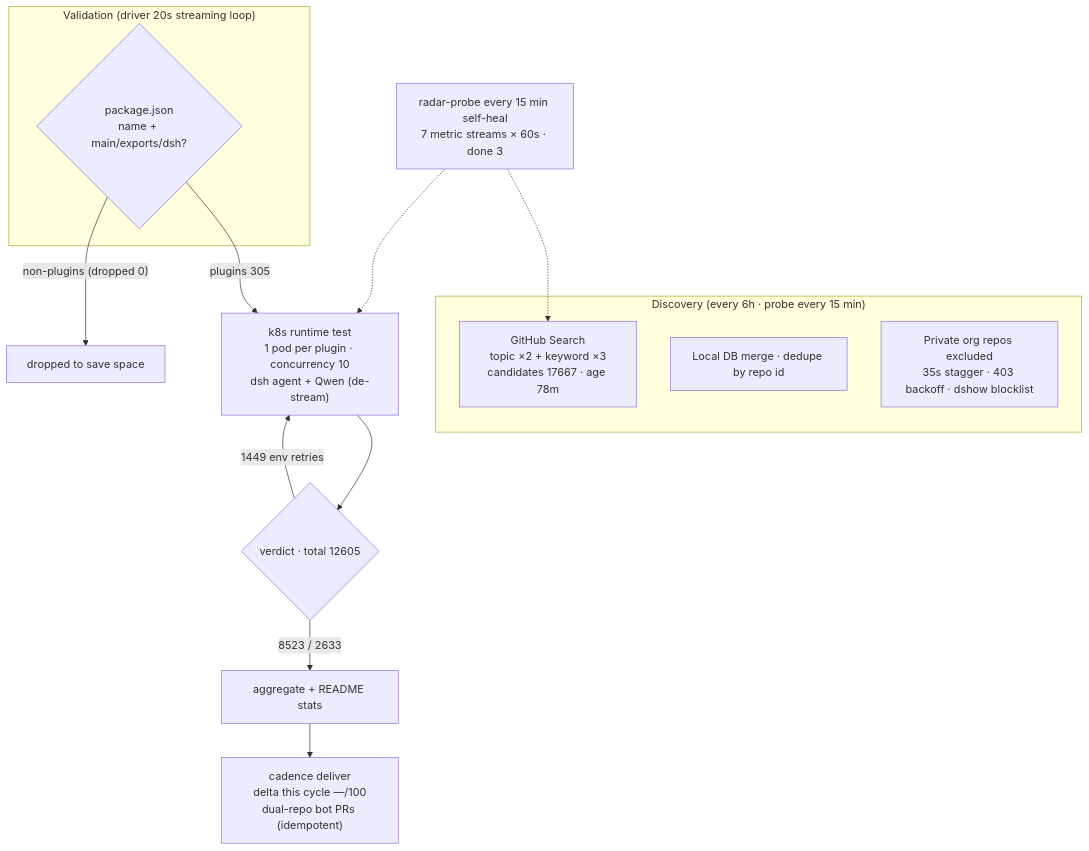
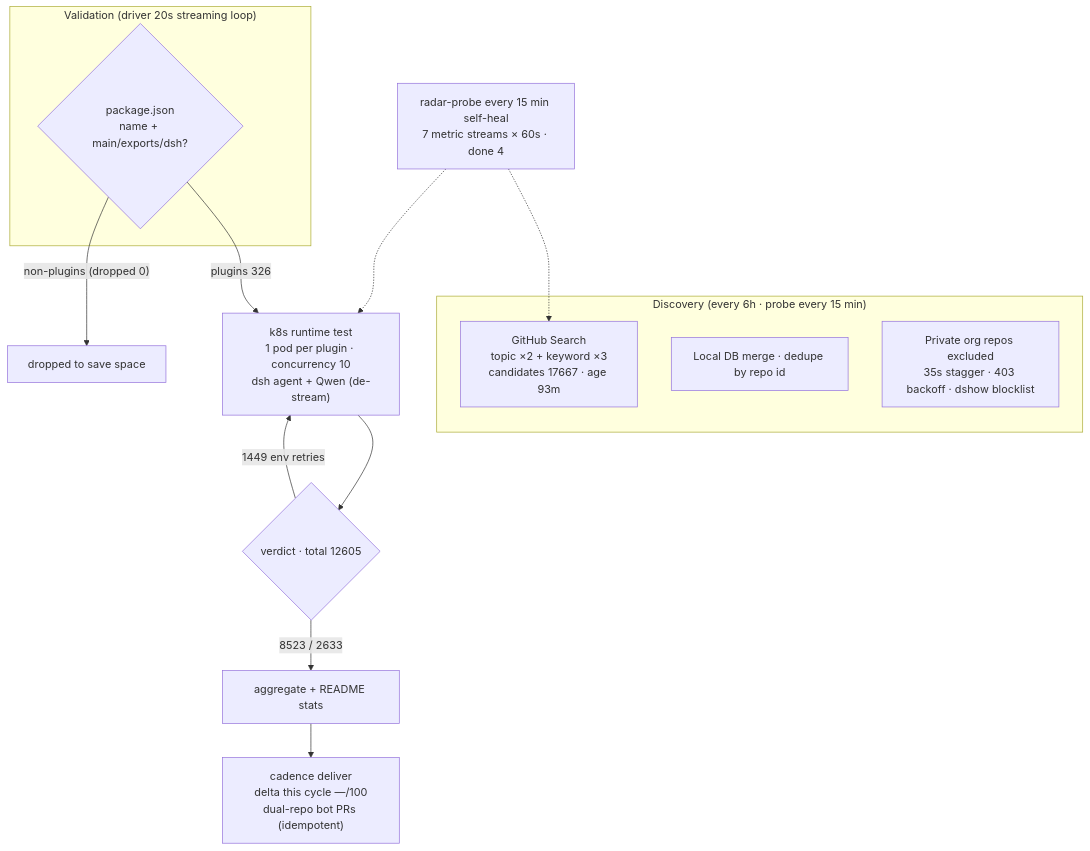
Before and after one commit to AdamPlatin123/awesome-dsh-plugins: the diagram in README.en-US.md, drawn with Mermaid. The commit also changed other lines of this file and 5 other files, not shown here.

````diff
--- a/README.en-US.md
+++ b/README.en-US.md
@@ -45,20 +45,20 @@
 ```mermaid
 flowchart TB
     subgraph Discovery["Discovery (every 6h · probe every 15 min)"]
-        A1["GitHub Search<br/>topic ×2 + keyword ×3<br/>candidates 17667 · age 78m"]
+        A1["GitHub Search<br/>topic ×2 + keyword ×3<br/>candidates 17667 · age 93m"]
         A2["Local DB merge · dedupe by repo id"]
         A3["Private org repos excluded<br/>35s stagger · 403 backoff · dshow blocklist"]
     end
     subgraph Validation["Validation (driver 20s streaming loop)"]
         B1{"package.json<br/>name + main/exports/dsh?"}
     end
-    B1 -->|"plugins 305"| C1["k8s runtime test<br/>1 pod per plugin · concurrency 10<br/>dsh agent + Qwen (de-stream)"]
+    B1 -->|"plugins 326"| C1["k8s runtime test<br/>1 pod per plugin · concurrency 10<br/>dsh agent + Qwen (de-stream)"]
     B1 -->|"non-plugins (dropped 0)"| B3["dropped to save space"]
     C1 --> D1{"verdict · total 12605"}
     D1 -->|"8523 / 2633"| E1["aggregate + README stats"]
     D1 -->|"1449 env retries"| C1
     E1 --> E2["cadence deliver<br/>delta this cycle —/100<br/>dual-repo bot PRs (idempotent)"]
-    M["radar-probe every 15 min self-heal<br/>7 metric streams × 60s · done 3"]
+    M["radar-probe every 15 min self-heal<br/>7 metric streams × 60s · done 4"]
     M -.-> A1
     M -.-> C1
 ```
````
